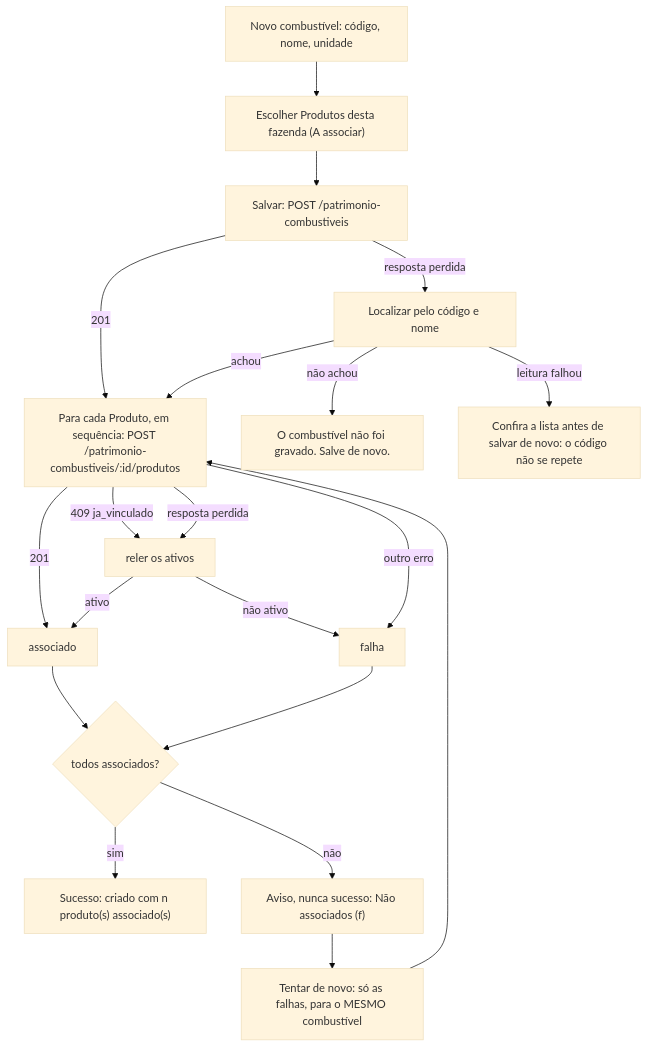
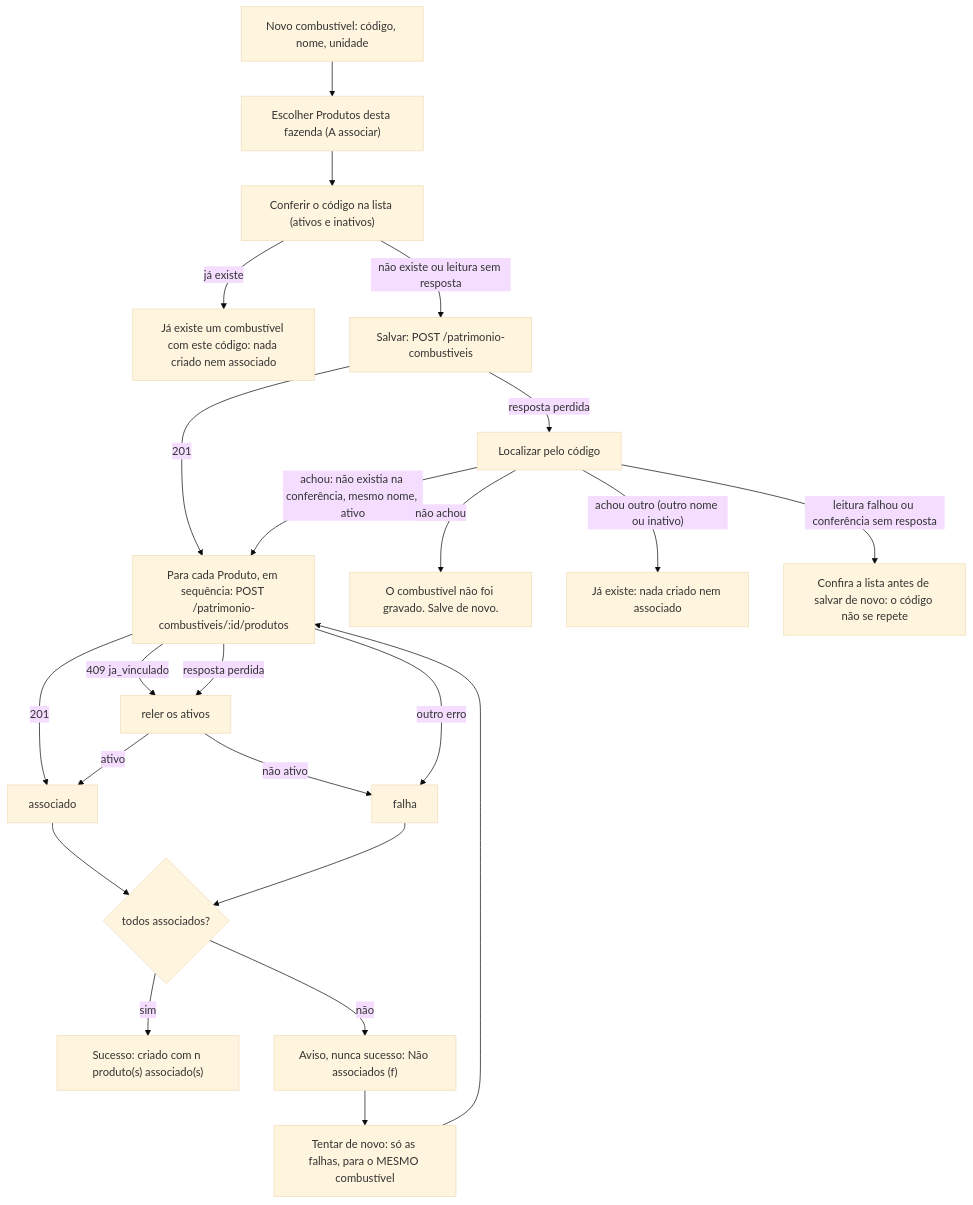
One commit to maikelimaadm-stack/MAIKE changed the first of 3 diagrams in docs/engineering/MAIKE-PATRIMONIO-UX-02-ABASTECIMENTO-PRODUTO-REPORT.md. Above: the diagram before and after it, drawn with Mermaid (base theme). The commit also changed other lines of this file, not shown here.

First line of the commit message:
docs(patrimonio-ux-02): relatório final com verify:all, E2E, cenário A→B e CI

````diff
--- a/docs/engineering/MAIKE-PATRIMONIO-UX-02-ABASTECIMENTO-PRODUTO-REPORT.md
+++ b/docs/engineering/MAIKE-PATRIMONIO-UX-02-ABASTECIMENTO-PRODUTO-REPORT.md
@@ -42,22 +43,25 @@
 ```mermaid
 flowchart TD
   A["Novo combustível: código, nome, unidade"] --> B["Escolher Produtos desta fazenda (A associar)"]
-  B --> C["Salvar: POST /patrimonio-combustiveis"]
+  B --> P["Conferir o código na lista (ativos e inativos)"]
+  P -->|já existe| P1["Já existe um combustível com este código: nada criado nem associado"]
+  P -->|"não existe ou leitura sem resposta"| C["Salvar: POST /patrimonio-combustiveis"]
   C -->|201| E["Para cada Produto, em sequência: POST /patrimonio-combustiveis/:id/produtos"]
-  C -->|resposta perdida| D["Localizar pelo código e nome"]
-  D -->|achou| E
+  C -->|resposta perdida| D["Localizar pelo código"]
+  D -->|"achou: não existia na conferência, mesmo nome, ativo"| E
   D -->|não achou| D1["O combustível não foi gravado. Salve de novo."]
-  D -->|leitura falhou| D2["Confira a lista antes de salvar de novo: o código não se repete"]
+  D -->|"achou outro (outro nome ou inativo)"| D3["Já existe: nada criado nem associado"]
+  D -->|"leitura falhou ou conferência sem resposta"| D2["Confira a lista antes de salvar de novo: o código não se repete"]
   E -->|201| F["associado"]
   E -->|409 ja_vinculado| G["reler os ativos"]
   E -->|resposta perdida| G
   G -->|ativo| F
   G -->|não ativo| H["falha"]
   E -->|outro erro| H
   F --> R{"todos associados?"}
   H --> R
   R -->|sim| S["Sucesso: criado com n produto(s) associado(s)"]
   R -->|não| W["Aviso, nunca sucesso: Não associados (f)"]
   W --> T["Tentar de novo: só as falhas, para o MESMO combustível"]
   T --> E
 ```
````
